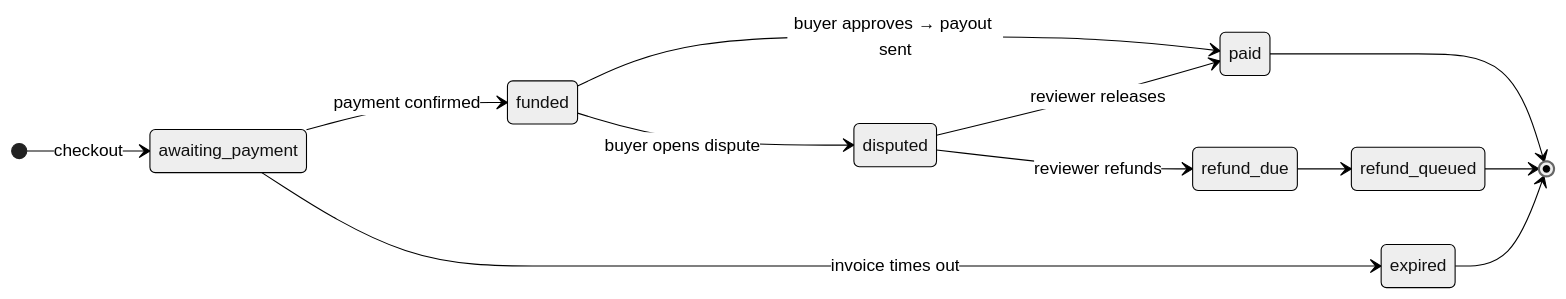
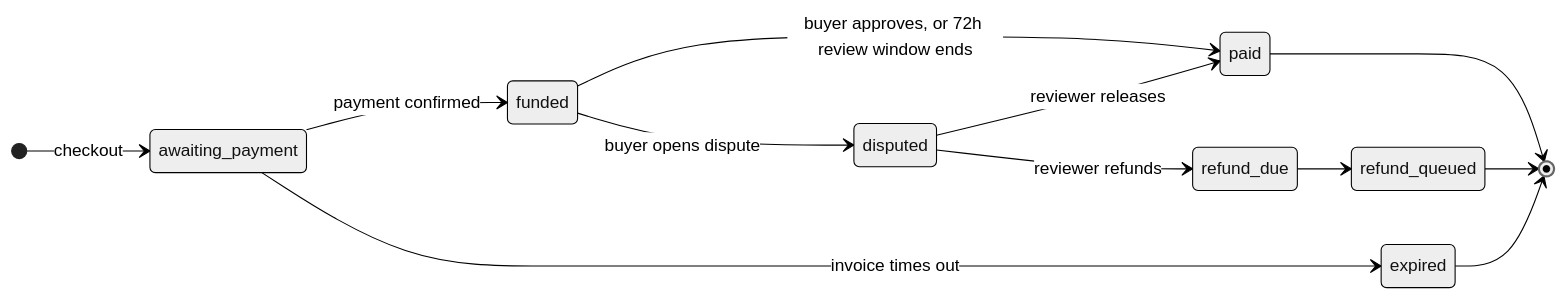
One commit to Timioni001/Gallery-Arcana changed the second of 3 diagrams in README.md. Above: the diagram before and after it, drawn with Mermaid (neutral theme). The commit also changed other lines of this file and 21 other files, not shown here.

````diff
--- a/README.md
+++ b/README.md
@@ -99,15 +100,15 @@
 ```mermaid
 stateDiagram-v2
     direction LR
     [*] --> awaiting_payment: checkout
     awaiting_payment --> expired: invoice times out
     awaiting_payment --> funded: payment confirmed
-    funded --> paid: buyer approves → payout sent
+    funded --> paid: buyer approves, or 72h review window ends
     funded --> disputed: buyer opens dispute
     disputed --> paid: reviewer releases
     disputed --> refund_due: reviewer refunds
     refund_due --> refund_queued
     paid --> [*]
     refund_queued --> [*]
     expired --> [*]
 ```
````
